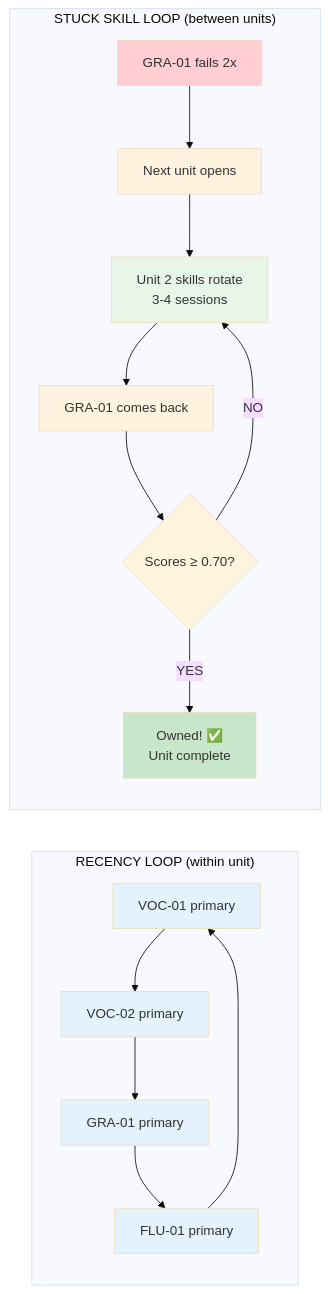
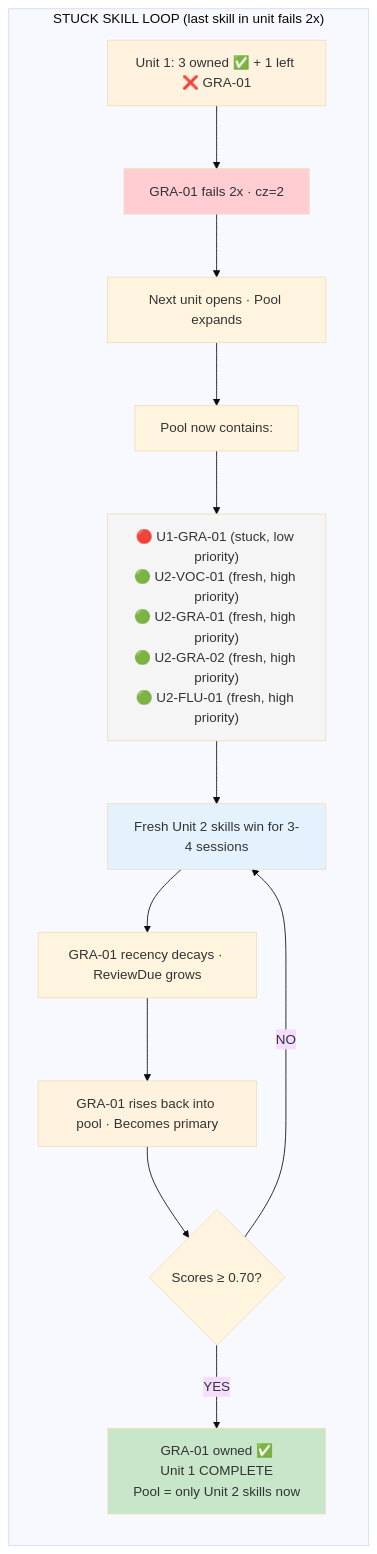
Before and after one commit to anshika410/English_learning_flutter_app: the third of 3 diagrams in docs/mintlify-src/adaptive-mastery.mdx, drawn with Mermaid (base theme). The commit also changed other lines of this file, not shown here.

Commit message:
docs: add visual pool states showing how stuck skill rotates across units

````diff
--- a/docs/mintlify-src/adaptive-mastery.mdx
+++ b/docs/mintlify-src/adaptive-mastery.mdx
@@ -79,30 +99,23 @@
 ```mermaid
-flowchart LR
-    subgraph RECENCY["RECENCY LOOP (within unit)"]
+flowchart TB
+    subgraph STUCK["STUCK SKILL LOOP (last skill in unit fails 2x)"]
         direction TB
-        R1[VOC-01 primary] --> R2[VOC-02 primary]
-        R2 --> R3[GRA-01 primary]
-        R3 --> R4[FLU-01 primary]
-        R4 --> R1
+        S0[Unit 1: 3 owned ✅ + 1 left ❌ GRA-01] --> S1[GRA-01 fails 2x · cz=2]
+        S1 --> S2[Next unit opens · Pool expands]
+        S2 --> S3[Pool now contains:]
+        S3 --> S4["🔴 U1-GRA-01 (stuck, low priority)<br/>🟢 U2-VOC-01 (fresh, high priority)<br/>🟢 U2-GRA-01 (fresh, high priority)<br/>🟢 U2-GRA-02 (fresh, high priority)<br/>🟢 U2-FLU-01 (fresh, high priority)"]
+        S4 --> S5[Fresh Unit 2 skills win for 3-4 sessions]
+        S5 --> S6[GRA-01 recency decays · ReviewDue grows]
+        S6 --> S7[GRA-01 rises back into pool · Becomes primary]
+        S7 --> S8{Scores ≥ 0.70?}
+        S8 -->|YES| S9[GRA-01 owned ✅<br/>Unit 1 COMPLETE<br/>Pool = only Unit 2 skills now]
+        S8 -->|NO| S5
     end
 
-    subgraph STUCK["STUCK SKILL LOOP (between units)"]
-        direction TB
-        S1[GRA-01 fails 2x] --> S2[Next unit opens]
-        S2 --> S3[Unit 2 skills rotate<br/>3-4 sessions]
-        S3 --> S4[GRA-01 comes back]
-        S4 --> S5{Scores ≥ 0.70?}
-        S5 -->|YES| S6[Owned! ✅<br/>Unit complete]
-        S5 -->|NO| S3
-    end
-
-    style R1 fill:#e3f2fd
-    style R2 fill:#e3f2fd
-    style R3 fill:#e3f2fd
-    style R4 fill:#e3f2fd
+    style S0 fill:#fff3e0
     style S1 fill:#ffcdd2
-    style S2 fill:#fff3e0
-    style S3 fill:#e8f5e9
-    style S4 fill:#fff3e0
-    style S6 fill:#c8e6c9
+    style S4 fill:#f5f5f5
+    style S5 fill:#e3f2fd
+    style S7 fill:#fff3e0
+    style S9 fill:#c8e6c9
 ```
````
